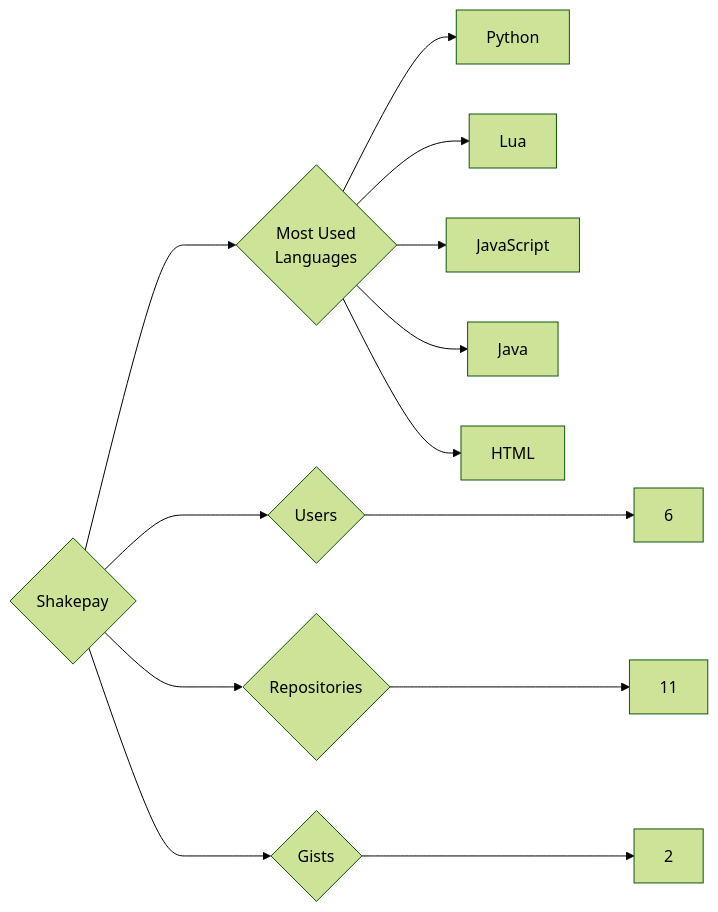
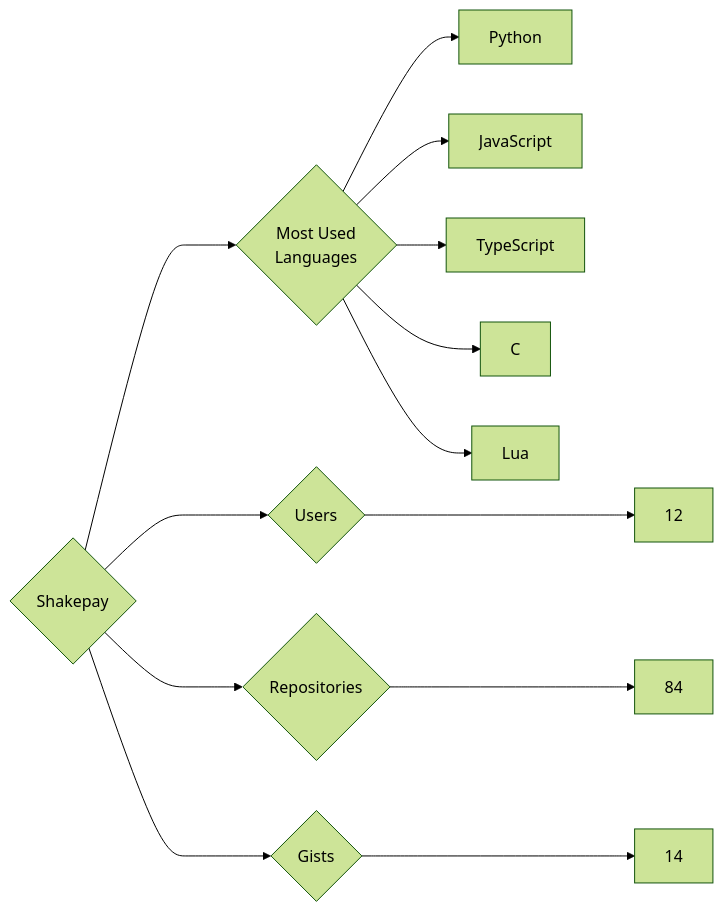
Before and after one commit to trickest/insiders: the diagram in targets/Shakepay/README.md, drawn with Mermaid (forest theme). The commit also changed 1696 other files, not shown here.

````diff
--- a/targets/Shakepay/README.md
+++ b/targets/Shakepay/README.md
@@ -3,13 +3,13 @@
 ```mermaid
 graph LR
 COMPANY_NAME{Shakepay}
-COMPANY_NAME ---> U{Users} ---> UN[6]
-COMPANY_NAME ---> R{Repositories} ---> RN[11]
-COMPANY_NAME ---> G{Gists} ---> GN[2]
+COMPANY_NAME ---> U{Users} ---> UN[12]
+COMPANY_NAME ---> R{Repositories} ---> RN[84]
+COMPANY_NAME ---> G{Gists} ---> GN[14]
 COMPANY_NAME ---> ML{Most Used<br>Languages}
 ML --> Python[Python]
+ML --> JavaScript[JavaScript]
+ML --> TypeScript[TypeScript]
+ML --> C[C]
 ML --> Lua[Lua]
-ML --> JavaScript[JavaScript]
-ML --> Java[Java]
-ML --> HTML[HTML]
 ```
````
